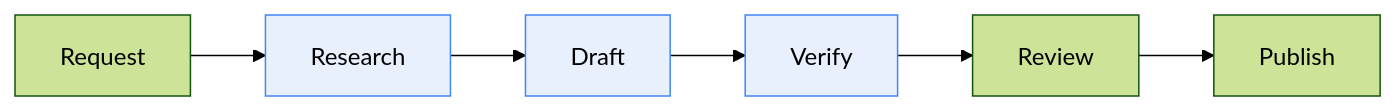
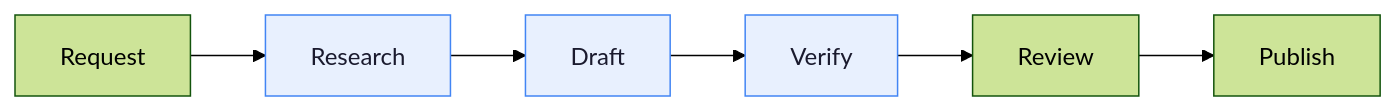
Before and after one commit to darthrootbeer/writing-samples: the diagram in systems-and-tooling/documentation-system-forage.md, drawn with Mermaid (forest theme).

Commit message:
fix: add dark text color to mermaid diagram for readability on dark theme (#1)
The AI-stage nodes (Research, Draft, Verify) used a light fill color
with no explicit text color, so on GitHub's dark theme the text
rendered pale-on-pale and was unreadable.

Claude-Session: https://claude.ai/code/session_01J78Kd9Zoc9B6gpUzAuuVab

````diff
--- a/systems-and-tooling/documentation-system-forage.md
+++ b/systems-and-tooling/documentation-system-forage.md
@@ -23,11 +23,11 @@
 ```mermaid
 flowchart LR
     A[Request] --> B[Research]
     B --> C[Draft]
     C --> D[Verify]
     D --> E[Review]
     E --> F[Publish]
 
-    classDef ai fill:#e8f0fe,stroke:#4285f4
+    classDef ai fill:#e8f0fe,stroke:#4285f4,color:#1a1a2e
     class B,C,D ai
 ```
````
